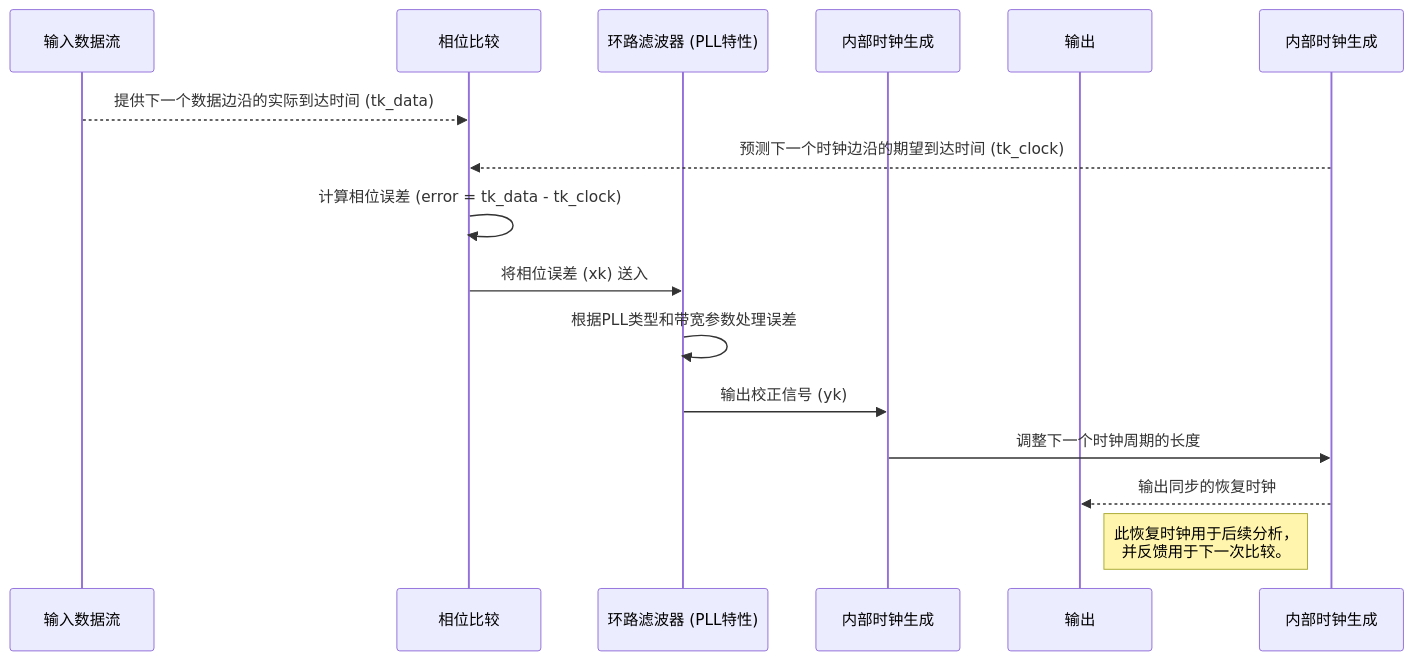
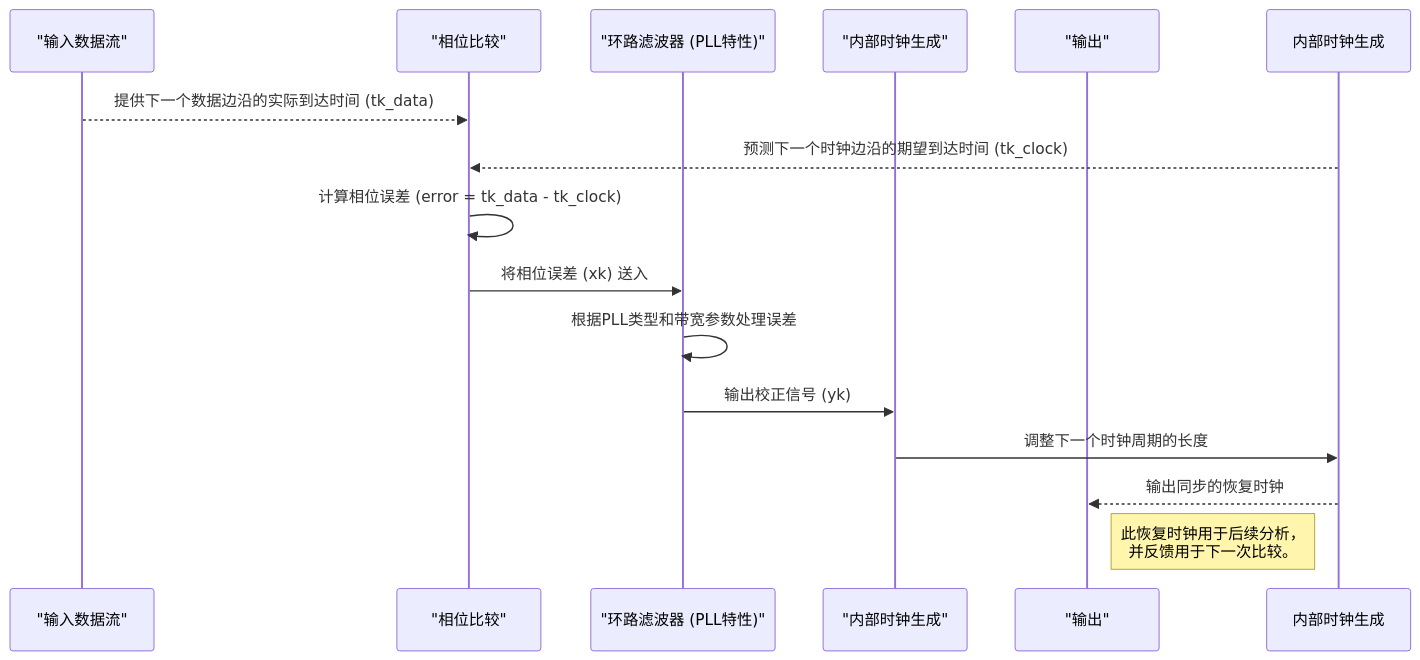
One commit to jueshi/PocketFlow-Tutorial-Codebase-Knowledge changed the second of 2 diagrams in output/SDAIISoftware_manual/03_锁相环__pll__.md. Above: the diagram before and after it, drawn with Mermaid. The commit also changed 282 other files, not shown here.

````diff
--- a/output/SDAIISoftware_manual/03_锁相环__pll__.md
+++ b/output/SDAIISoftware_manual/03_锁相环__pll__.md
@@ -157,18 +157,18 @@
-    ```mermaid
+```mermaid
     sequenceDiagram
-        participant 数据边沿时间 as 输入数据流
-        participant 比较器 as 相位比较
-        participant 滤波器 as 环路滤波器 (PLL特性)
-        participant 时钟周期调整 as 内部时钟生成
-        participant 恢复时钟 as 输出
+        participant 数据边沿时间 as "输入数据流"
+        participant 比较器 as "相位比较"
+        participant 滤波器 as "环路滤波器 (PLL特性)"
+        participant 时钟周期调整 as "内部时钟生成"
+        participant 恢复时钟 as "输出"
 
         数据边沿时间-->>比较器: 提供下一个数据边沿的实际到达时间 (tk_data)
         内部时钟生成-->>比较器: 预测下一个时钟边沿的期望到达时间 (tk_clock)
         比较器->>比较器: 计算相位误差 (error = tk_data - tk_clock)
         比较器->>滤波器: 将相位误差 (xk) 送入
         滤波器->>滤波器: 根据PLL类型和带宽参数处理误差
         滤波器->>时钟周期调整: 输出校正信号 (yk)
         时钟周期调整->>内部时钟生成: 调整下一个时钟周期的长度
         内部时钟生成-->>恢复时钟: 输出同步的恢复时钟
         Note right of 恢复时钟: 此恢复时钟用于后续分析，<br>并反馈用于下一次比较。
-    ```
+```
````
